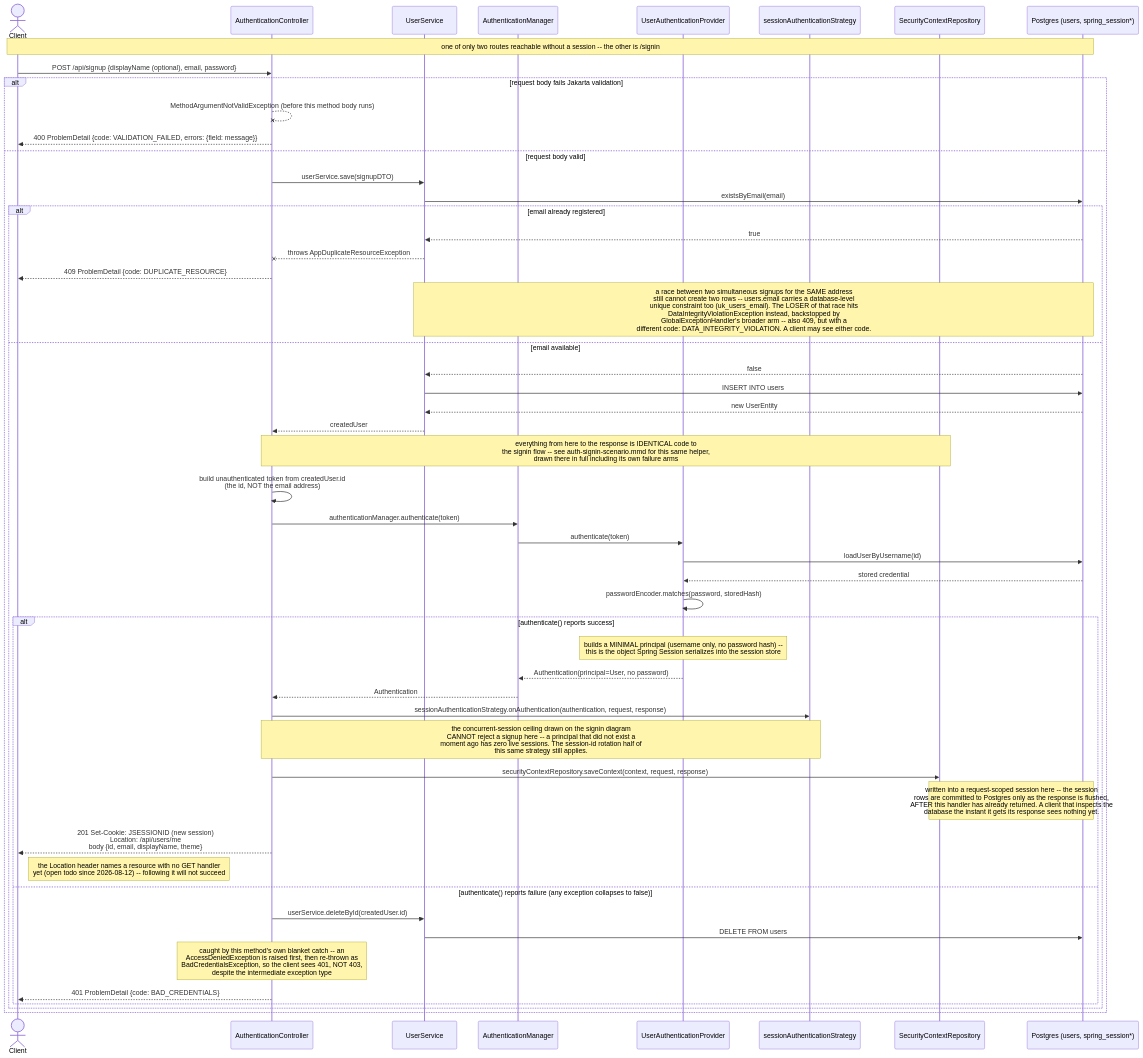
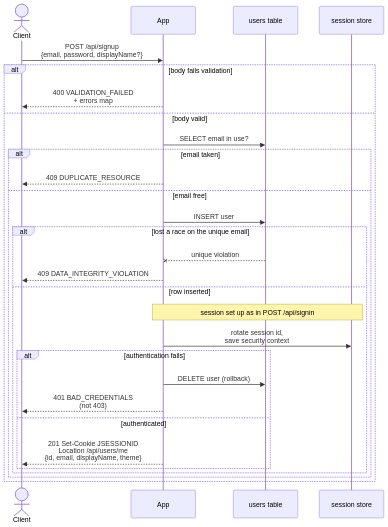
One commit to RudVlad473/kanban-board-backend changed the diagram in docs/diagrams/scenarios/signup.mmd. Above: the diagram before and after it, drawn with Mermaid. The commit also changed 7 other files, not shown here.

First line of the commit message:
docs(quick-261005-sun): redraw auth and error scenarios at protocol level

```diff
--- a/docs/diagrams/scenarios/signup.mmd
+++ b/docs/diagrams/scenarios/signup.mmd
@@ -1,55 +1,31 @@
 sequenceDiagram
     actor C as Client
-    participant AC as AuthenticationController
-    participant US as UserService
-    participant AM as AuthenticationManager
-    participant UAP as UserAuthenticationProvider
-    participant SAS as sessionAuthenticationStrategy
-    participant SCR as SecurityContextRepository
-    participant DB as Postgres (users, spring_session*)
+    participant A as App
+    participant U as users table
+    participant S as session store
 
-    Note over C,DB: one of only two routes reachable without a session -- the other is /signin
+    C->>A: POST /api/signup<br/>{email, password, displayName?}
 
-    C->>AC: POST /api/signup {displayName (optional), email, password}
-
-    alt request body fails Jakarta validation
-        AC--xAC: MethodArgumentNotValidException (before this method body runs)
-        AC-->>C: 400 ProblemDetail {code: VALIDATION_FAILED, errors: {field: message}}
-    else request body valid
-        AC->>US: userService.save(signupDTO)
-        US->>DB: existsByEmail(email)
-        alt email already registered
-            DB-->>US: true
-            US--xAC: throws AppDuplicateResourceException
-            AC-->>C: 409 ProblemDetail {code: DUPLICATE_RESOURCE}
-            Note over US,DB: a race between two simultaneous signups for the SAME address<br/>still cannot create two rows -- users.email carries a database-level<br/>unique constraint too (uk_users_email). The LOSER of that race hits<br/>DataIntegrityViolationException instead, backstopped by<br/>GlobalExceptionHandler's broader arm -- also 409, but with a<br/>different code: DATA_INTEGRITY_VIOLATION. A client may see either code.
-        else email available
-            DB-->>US: false
-            US->>DB: INSERT INTO users
-            DB-->>US: new UserEntity
-            US-->>AC: createdUser
-            Note over AC,SCR: everything from here to the response is IDENTICAL code to<br/>the signin flow -- see auth-signin-scenario.mmd for this same helper,<br/>drawn there in full including its own failure arms
-            AC->>AC: build unauthenticated token from createdUser.id<br/>(the id, NOT the email address)
-            AC->>AM: authenticationManager.authenticate(token)
-            AM->>UAP: authenticate(token)
-            UAP->>DB: loadUserByUsername(id)
-            DB-->>UAP: stored credential
-            UAP->>UAP: passwordEncoder.matches(password, storedHash)
-            alt authenticate() reports success
-                Note over UAP: builds a MINIMAL principal (username only, no password hash) --<br/>this is the object Spring Session serializes into the session store
-                UAP-->>AM: Authentication(principal=User, no password)
-                AM-->>AC: Authentication
-                AC->>SAS: sessionAuthenticationStrategy.onAuthentication(authentication, request, response)
-                Note over AC,SAS: the concurrent-session ceiling drawn on the signin diagram<br/>CANNOT reject a signup here -- a principal that did not exist a<br/>moment ago has zero live sessions. The session-id rotation half of<br/>this same strategy still applies.
-                AC->>SCR: securityContextRepository.saveContext(context, request, response)
-                Note over SCR,DB: written into a request-scoped session here -- the session<br/>rows are committed to Postgres only as the response is flushed,<br/>AFTER this handler has already returned. A client that inspects the<br/>database the instant it gets its response sees nothing yet.
-                AC-->>C: 201 Set-Cookie: JSESSIONID (new session)<br/>Location: /api/users/me<br/>body {id, email, displayName, theme}
-                Note right of C: the Location header names a resource with no GET handler<br/>yet (open todo since 2026-08-12) -- following it will not succeed
-            else authenticate() reports failure (any exception collapses to false)
-                AC->>US: userService.deleteById(createdUser.id)
-                US->>DB: DELETE FROM users
-                Note over AC: caught by this method's own blanket catch -- an<br/>AccessDeniedException is raised first, then re-thrown as<br/>BadCredentialsException, so the client sees 401, NOT 403,<br/>despite the intermediate exception type
-                AC-->>C: 401 ProblemDetail {code: BAD_CREDENTIALS}
+    alt body fails validation
+        A-->>C: 400 VALIDATION_FAILED<br/>+ errors map
+    else body valid
+        A->>U: SELECT email in use?
+        alt email taken
+            A-->>C: 409 DUPLICATE_RESOURCE
+        else email free
+            A->>U: INSERT user
+            alt lost a race on the unique email
+                U--xA: unique violation
+                A-->>C: 409 DATA_INTEGRITY_VIOLATION
+            else row inserted
+                Note over A,S: session set up as in POST /api/signin
+                A->>S: rotate session id,<br/>save security context
+                alt authentication fails
+                    A->>U: DELETE user (rollback)
+                    A-->>C: 401 BAD_CREDENTIALS<br/>(not 403)
+                else authenticated
+                    A-->>C: 201 Set-Cookie JSESSIONID<br/>Location /api/users/me<br/>{id, email, displayName, theme}
+                end
             end
         end
     end
```
